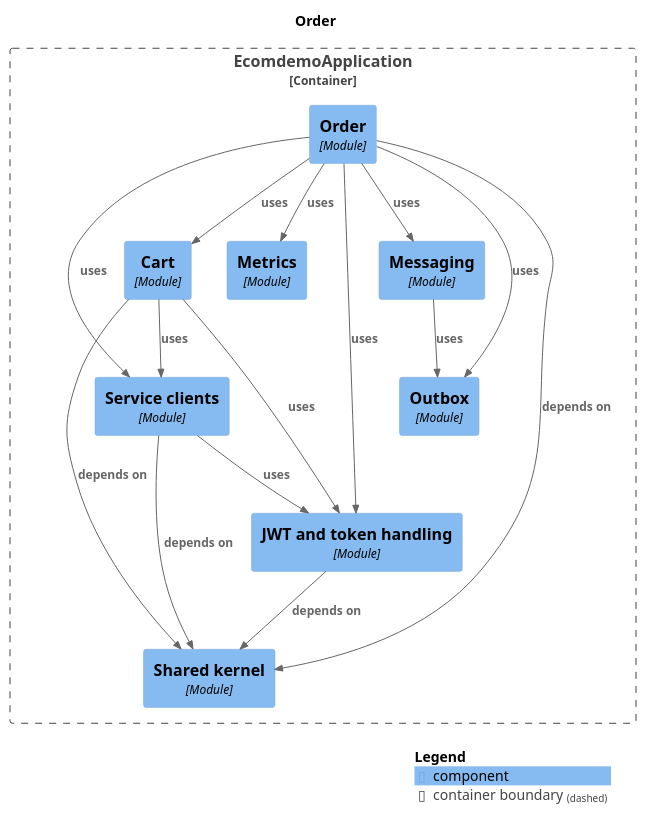
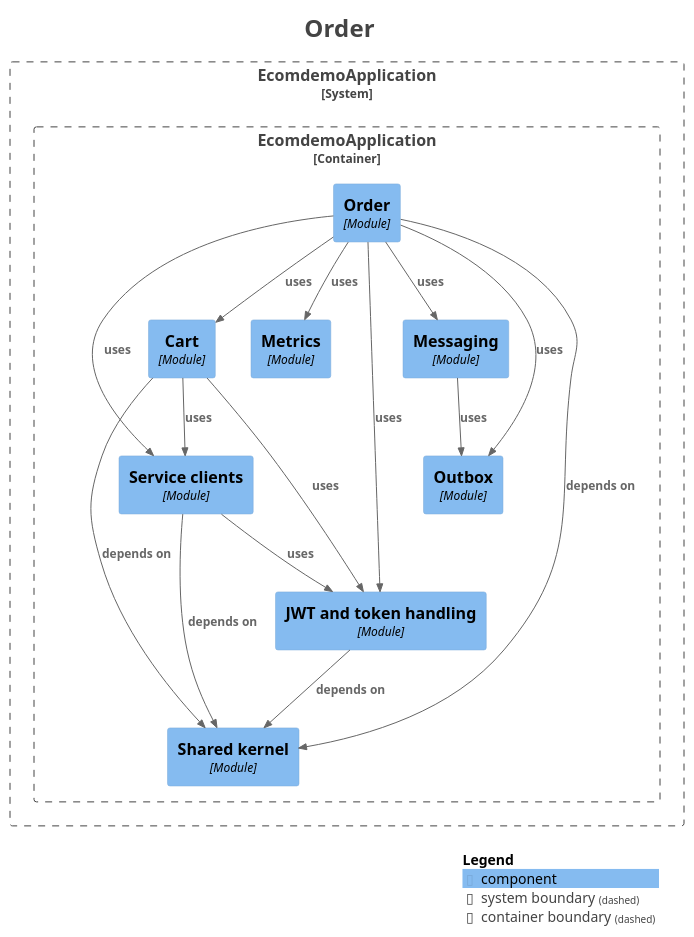
One commit to mr-sujay-patil/ecomdemo changed the diagram in docs/modules/module-order.puml. Above: the diagram before and after it, drawn with PlantUML. The commit also changed 17 other files, not shown here.

```diff
--- a/docs/modules/module-order.puml
+++ b/docs/modules/module-order.puml
@@ -1,38 +1,49 @@
 @startuml
+title <size:24>Order</size>
+
 set separator none
-title Order
+top to bottom direction
 
-top to bottom direction
+<style>
+  root {
+    BackgroundColor: #ffffff
+    FontColor: #444444
+  }
+</style>
 
 !include <C4/C4>
 !include <C4/C4_Context>
 !include <C4/C4_Component>
 
-Container_Boundary("EcomdemoApplication.EcomdemoApplication_boundary", "EcomdemoApplication", $tags="") {
-  Component(EcomdemoApplication.EcomdemoApplication.Serviceclients, "Service clients", $techn="Module", $descr="", $tags="", $link="")
-  Component(EcomdemoApplication.EcomdemoApplication.Cart, "Cart", $techn="Module", $descr="", $tags="", $link="")
-  Component(EcomdemoApplication.EcomdemoApplication.Order, "Order", $techn="Module", $descr="", $tags="", $link="")
-  Component(EcomdemoApplication.EcomdemoApplication.Metrics, "Metrics", $techn="Module", $descr="", $tags="", $link="")
-  Component(EcomdemoApplication.EcomdemoApplication.Outbox, "Outbox", $techn="Module", $descr="", $tags="", $link="")
-  Component(EcomdemoApplication.EcomdemoApplication.Sharedkernel, "Shared kernel", $techn="Module", $descr="", $tags="", $link="")
-  Component(EcomdemoApplication.EcomdemoApplication.JWTandtokenhandling, "JWT and token handling", $techn="Module", $descr="", $tags="", $link="")
-  Component(EcomdemoApplication.EcomdemoApplication.Messaging, "Messaging", $techn="Module", $descr="", $tags="", $link="")
+System_Boundary("EcomdemoApplication_boundary", "EcomdemoApplication", $tags="") {
+  Container_Boundary("EcomdemoApplication.EcomdemoApplication_boundary", "EcomdemoApplication", $tags="") {
+    Component(EcomdemoApplication.EcomdemoApplication.Serviceclients, "Service clients", $techn="Module", $descr="", $tags="", $link="")
+    Component(EcomdemoApplication.EcomdemoApplication.Cart, "Cart", $techn="Module", $descr="", $tags="", $link="")
+    Component(EcomdemoApplication.EcomdemoApplication.Order, "Order", $techn="Module", $descr="", $tags="", $link="")
+    Component(EcomdemoApplication.EcomdemoApplication.Metrics, "Metrics", $techn="Module", $descr="", $tags="", $link="")
+    Component(EcomdemoApplication.EcomdemoApplication.Outbox, "Outbox", $techn="Module", $descr="", $tags="", $link="")
+    Component(EcomdemoApplication.EcomdemoApplication.Sharedkernel, "Shared kernel", $techn="Module", $descr="", $tags="", $link="")
+    Component(EcomdemoApplication.EcomdemoApplication.JWTandtokenhandling, "JWT and token handling", $techn="Module", $descr="", $tags="", $link="")
+    Component(EcomdemoApplication.EcomdemoApplication.Messaging, "Messaging", $techn="Module", $descr="", $tags="", $link="")
+  }
+
 }
 
 Rel(EcomdemoApplication.EcomdemoApplication.Cart, EcomdemoApplication.EcomdemoApplication.JWTandtokenhandling, "uses", $techn="", $tags="", $link="")
 Rel(EcomdemoApplication.EcomdemoApplication.Cart, EcomdemoApplication.EcomdemoApplication.Serviceclients, "uses", $techn="", $tags="", $link="")
 Rel(EcomdemoApplication.EcomdemoApplication.Cart, EcomdemoApplication.EcomdemoApplication.Sharedkernel, "depends on", $techn="", $tags="", $link="")
 Rel(EcomdemoApplication.EcomdemoApplication.JWTandtokenhandling, EcomdemoApplication.EcomdemoApplication.Sharedkernel, "depends on", $techn="", $tags="", $link="")
 Rel(EcomdemoApplication.EcomdemoApplication.Messaging, EcomdemoApplication.EcomdemoApplication.Outbox, "uses", $techn="", $tags="", $link="")
 Rel(EcomdemoApplication.EcomdemoApplication.Order, EcomdemoApplication.EcomdemoApplication.Cart, "uses", $techn="", $tags="", $link="")
 Rel(EcomdemoApplication.EcomdemoApplication.Order, EcomdemoApplication.EcomdemoApplication.JWTandtokenhandling, "uses", $techn="", $tags="", $link="")
 Rel(EcomdemoApplication.EcomdemoApplication.Order, EcomdemoApplication.EcomdemoApplication.Messaging, "uses", $techn="", $tags="", $link="")
 Rel(EcomdemoApplication.EcomdemoApplication.Order, EcomdemoApplication.EcomdemoApplication.Metrics, "uses", $techn="", $tags="", $link="")
 Rel(EcomdemoApplication.EcomdemoApplication.Order, EcomdemoApplication.EcomdemoApplication.Outbox, "uses", $techn="", $tags="", $link="")
 Rel(EcomdemoApplication.EcomdemoApplication.Order, EcomdemoApplication.EcomdemoApplication.Serviceclients, "uses", $techn="", $tags="", $link="")
 Rel(EcomdemoApplication.EcomdemoApplication.Order, EcomdemoApplication.EcomdemoApplication.Sharedkernel, "depends on", $techn="", $tags="", $link="")
 Rel(EcomdemoApplication.EcomdemoApplication.Serviceclients, EcomdemoApplication.EcomdemoApplication.JWTandtokenhandling, "uses", $techn="", $tags="", $link="")
 Rel(EcomdemoApplication.EcomdemoApplication.Serviceclients, EcomdemoApplication.EcomdemoApplication.Sharedkernel, "depends on", $techn="", $tags="", $link="")
 
 SHOW_LEGEND(true)
+hide stereotypes
 @enduml
```
